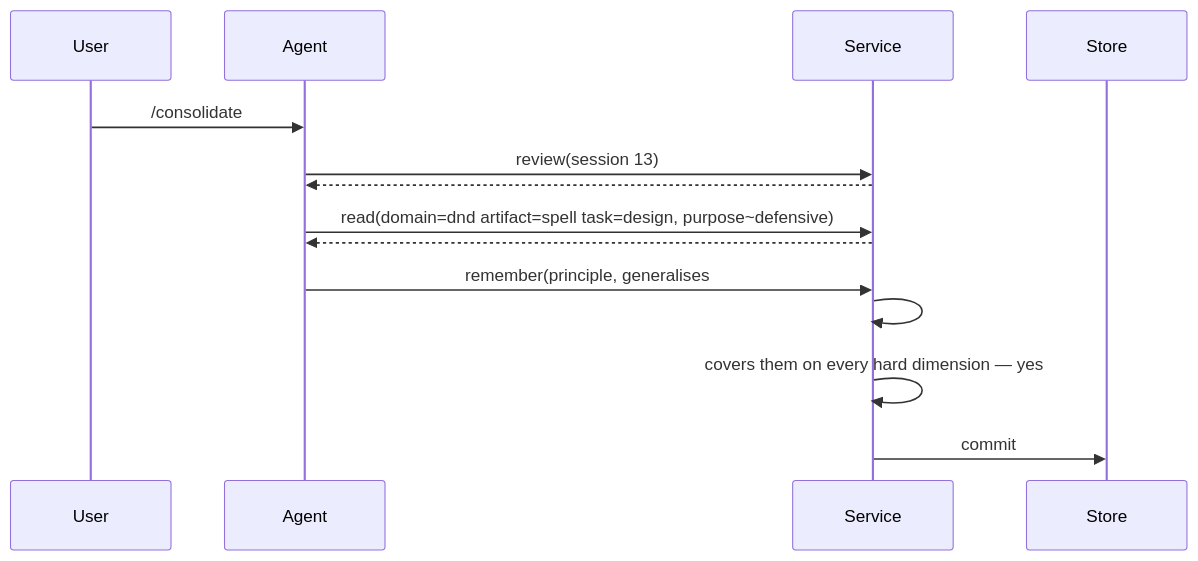
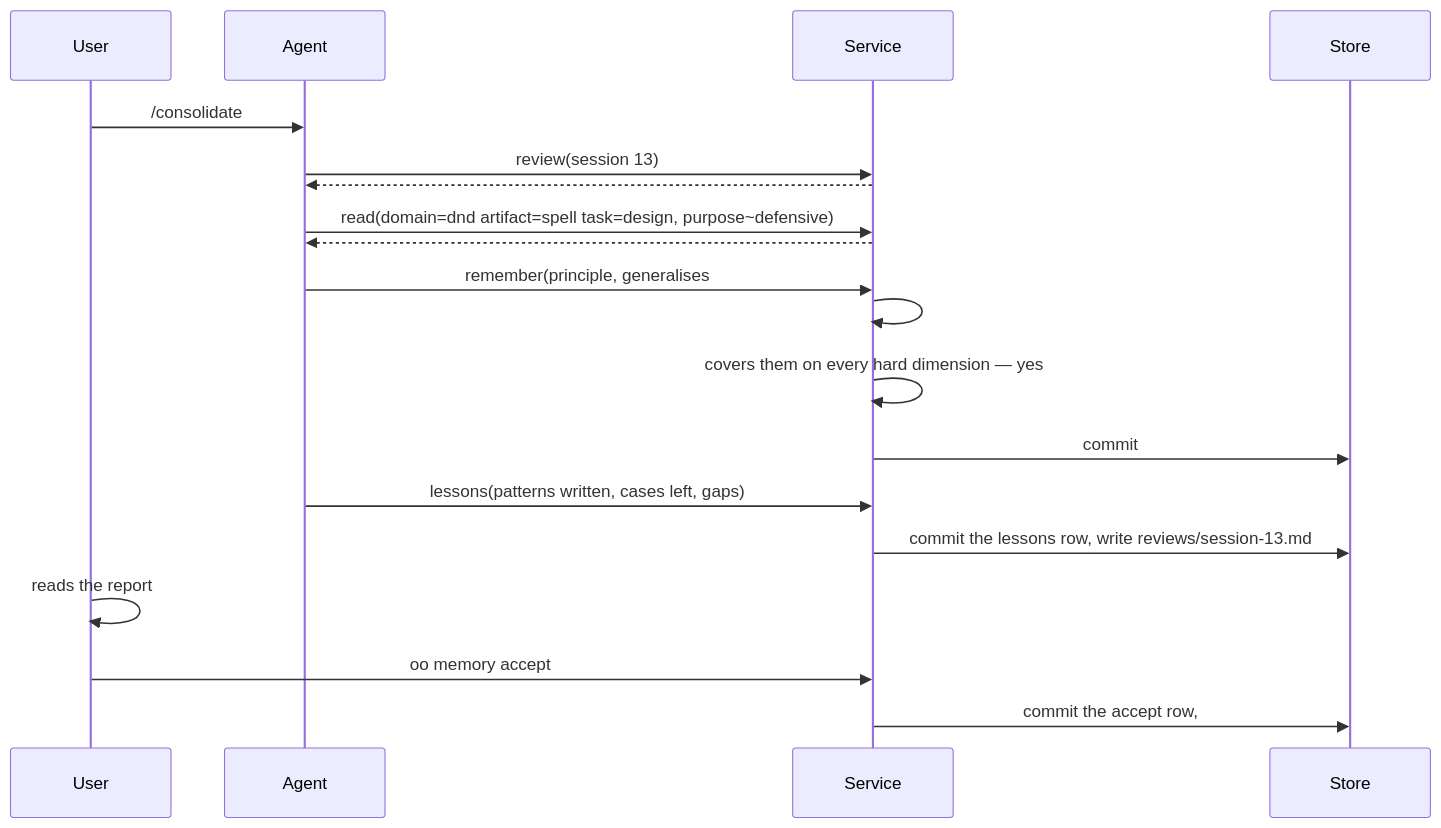
One commit to Debith/pygim changed diagram 30 of 32 in docs/design/memory/01a_model_by_scenario.md. Above: the diagram before and after it, drawn with Mermaid. The commit also changed other lines of this file and 18 other files, not shown here.

First line of the commit message:
memory: a lessons-learnt report, and a person's acceptance before a fold

````diff
--- a/docs/design/memory/01a_model_by_scenario.md
+++ b/docs/design/memory/01a_model_by_scenario.md
@@ -730,16 +731,21 @@
 ```mermaid
 sequenceDiagram
     participant U as User
     participant A as Agent
     participant S as Service
     participant St as Store
     U->>A: /consolidate
     A->>S: review(session 13)
     S-->>A: #55 #56 #57 with their tags
     A->>S: read(domain=dnd artifact=spell task=design, purpose~defensive)
     S-->>A: #2 #54 #55 #56 #57 #7
     A->>S: remember(principle, generalises #54 to #57, seen #2 #7 #54 to #57)
     S->>S: #54 to #57 are heads — yes
     S->>S: covers them on every hard dimension — yes
     S->>St: commit #58, generalises #54 to #57, nothing superseded, snapshot v59
+    A->>S: lessons(patterns written, cases left, gaps)
+    S->>St: commit the lessons row, write reviews/session-13.md
+    U->>U: reads the report
+    U->>S: oo memory accept #58
+    S->>St: commit the accept row, #58 accepted, report refreshed
 ```
````
